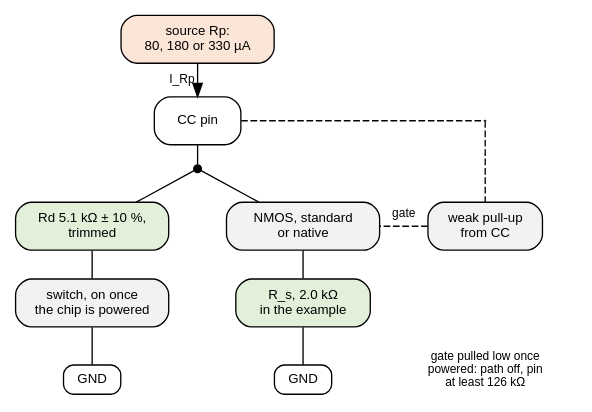
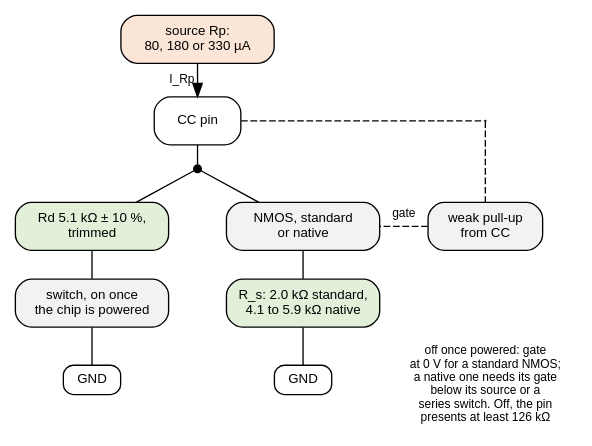
Before and after one commit to mithro/evampire: the diagram in docs/power/usb-pd/rd-paths.dot, drawn with Graphviz. The commit also changed 1 other file, not shown here.

Commit message:
Correct the dead-battery Rd limits and the native transistor case
The CC voltage must also stay above the source's Ra threshold, or the
source never turns VBUS on. The page now gives both thresholds of each
level from Table 4-37 and cites the 1.32 V clamp and the 2.181 V Rd range
for the margin targets. A native transistor has V_GS of at least 0 V, so
it needs R_s of about 4.1 to 5.9 kOhm, and gate at 0 V does not turn it
off.

```diff
--- a/docs/power/usb-pd/rd-paths.dot
+++ b/docs/power/usb-pd/rd-paths.dot
@@ -1,51 +1,51 @@
 // The two Rd paths on one CC pin: the trimmed Rd used once the board is
 // powered, and the dead-battery path that works with no supply. Values
 // from analogue.rst (Type-C Section 4.8.5, Tables 4-28 and 4-30).
 //
 // Fixed grid (positions in inches): x=1.0 trimmed path, x=3.2 dead-battery
 // path (transistor above its source resistor R_s), x=5.1 its gate pull-up; y=3.9 source Rp down to y=0.35 ground.
 //
 // SPDX-License-Identifier: Apache-2.0
 
 digraph rd_paths {
     graph [layout=neato, splines=false, overlap=true, outputorder=nodesfirst,
            fontname="Helvetica"];
     node  [shape=box, style="rounded,filled", fillcolor="#e2f0d9",
            fontname="Helvetica", fontsize=10, width=1.6, height=0.5,
            fixedsize=true];
     edge  [fontname="Helvetica", fontsize=9, arrowhead=none];
 
     rp   [pos="2.1,3.9!", label="source Rp:\n80, 180 or 330 µA",
           fillcolor="#fbe5d6"];
     cc   [pos="2.1,3.05!", label="CC pin", width=0.9, fillcolor="#ffffff"];
     j    [pos="2.1,2.55!", shape=point, width=0.08, label="", style=filled,
           fillcolor="#000000"];
 
     rd   [pos="1.0,1.95!", label="Rd 5.1 kΩ ± 10 %,\ntrimmed"];
     sw   [pos="1.0,1.15!", label="switch, on once\nthe chip is powered",
           fillcolor="#f2f2f2"];
     g1   [pos="1.0,0.35!", label="GND", width=0.6, height=0.3,
           fillcolor="#ffffff"];
 
-    rs   [pos="3.2,1.15!", label="R_s, 2.0 kΩ\nin the example", width=1.4];
+    rs   [pos="3.2,1.15!", label="R_s: 2.0 kΩ standard,\n4.1 to 5.9 kΩ native", width=1.6];
     mn   [pos="3.2,1.95!", label="NMOS, standard\nor native",
           fillcolor="#f2f2f2"];
     g2   [pos="3.2,0.35!", label="GND", width=0.6, height=0.3,
           fillcolor="#ffffff"];
     pu   [pos="5.1,1.95!", label="weak pull-up\nfrom CC", width=1.2,
           fillcolor="#f2f2f2"];
-    off  [pos="5.1,0.45!", shape=plaintext, style="", width=1.9,
-          height=0.55, fontsize=9,
-          label="gate pulled low once\npowered: path off, pin\nat least 126 kΩ"];
+    off  [pos="5.1,0.3!", shape=plaintext, style="", width=1.9,
+          height=0.95, fontsize=9,
+          label="off once powered: gate\nat 0 V for a standard NMOS;\na native one needs its gate\nbelow its source or a\nseries switch. Off, the pin\npresents at least 126 kΩ"];
 
     rp -> cc [arrowhead=normal, dir=forward, label="  I_Rp"];
     cc -> j;
     j -> rd; rd -> sw; sw -> g1;
     j -> mn; mn -> rs; rs -> g2;
     k  [pos="5.1,3.05!", shape=point, width=0.01, label=""];
     cc -> k [style=dashed];
     k -> pu [style=dashed];
     pu -> mn [style=dashed];
     gl [pos="4.25,2.08!", shape=plaintext, style="", width=0.4, height=0.2,
         fontsize=9, label="gate"];
 }
```
